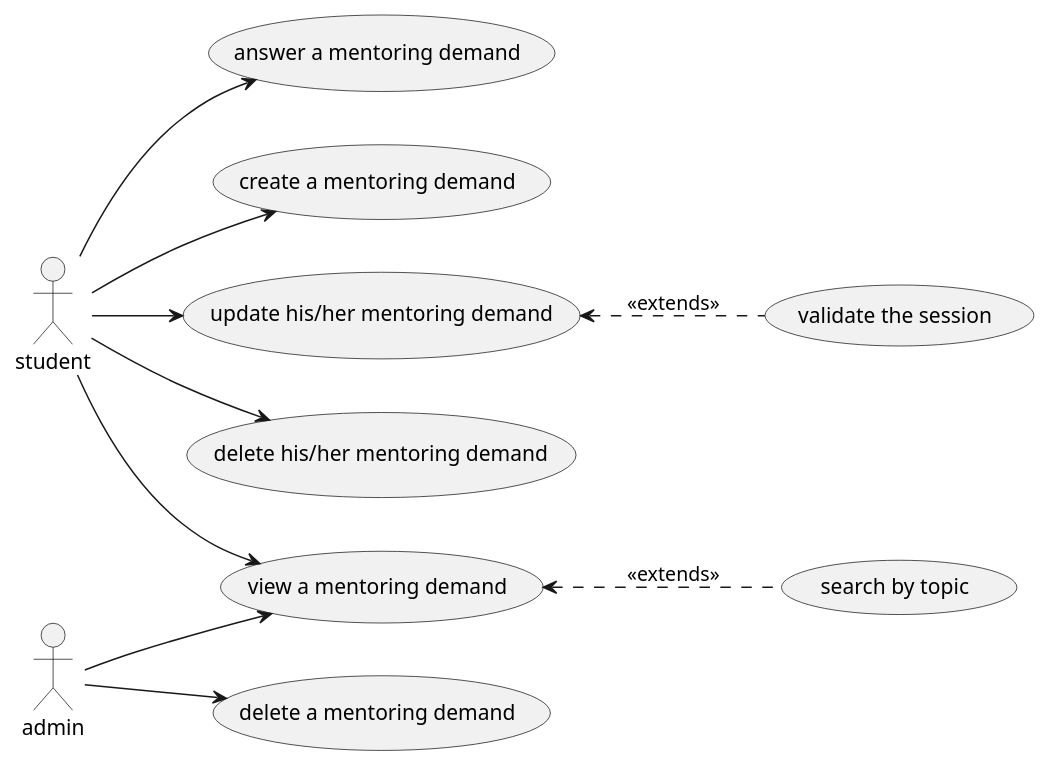
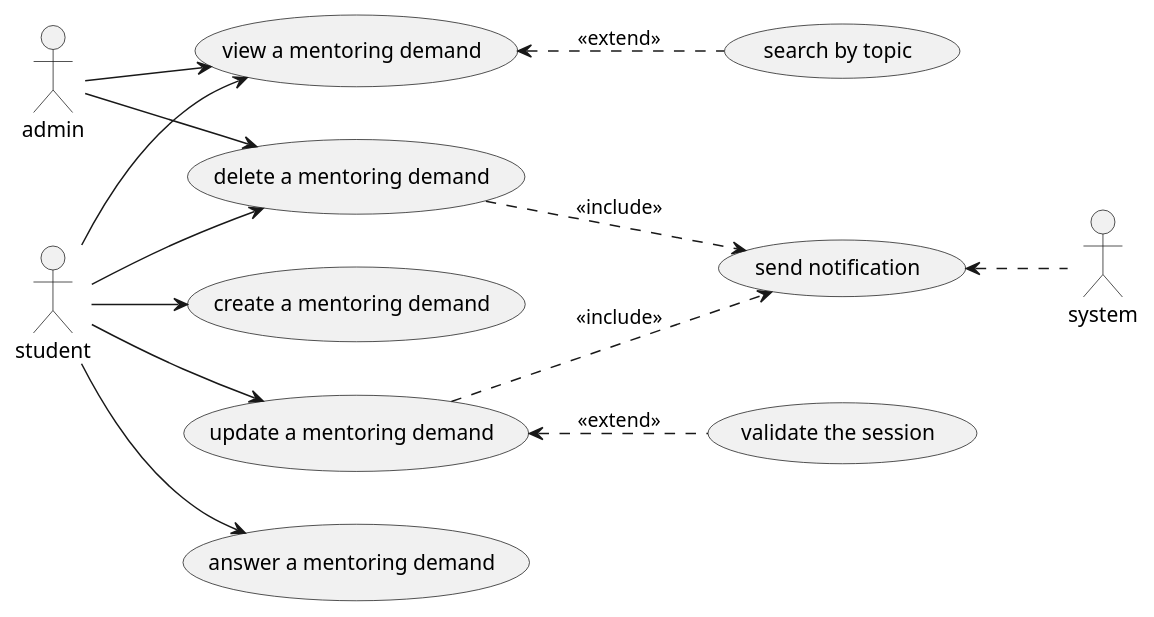
Before and after one commit to Guillaume-Dufour/coopToolProject: the diagram in src/main/resources/mentoringDemandManagement.puml, drawn with PlantUML. The commit also changed 13 other files, not shown here.

```diff
--- a/src/main/resources/mentoringDemandManagement.puml
+++ b/src/main/resources/mentoringDemandManagement.puml
@@ -1,13 +1,15 @@
 @startuml
 left to right direction
 :student: --> (create a mentoring demand)
-:student: --> (update his/her mentoring demand)
-(update his/her mentoring demand) <.. (validate the session) : << extends >>
-:student: --> (delete his/her mentoring demand)
+:student: --> (delete a mentoring demand)
+(send notification) <.. :system:
+(delete a mentoring demand) ..> (send notification) : << include >>
+:student: --> (update a mentoring demand)
+(update a mentoring demand) <.. (validate the session) : << extend >>
 :student: --> (view a mentoring demand)
 :student: --> (answer a mentoring demand)
 :admin: --> (view a mentoring demand)
 :admin: --> (delete a mentoring demand)
-
-(view a mentoring demand) <.. (search by topic) : << extends >>
+(update a mentoring demand) ..> (send notification) : << include >>
+(view a mentoring demand) <.. (search by topic) : << extend >>
 @enduml
```
